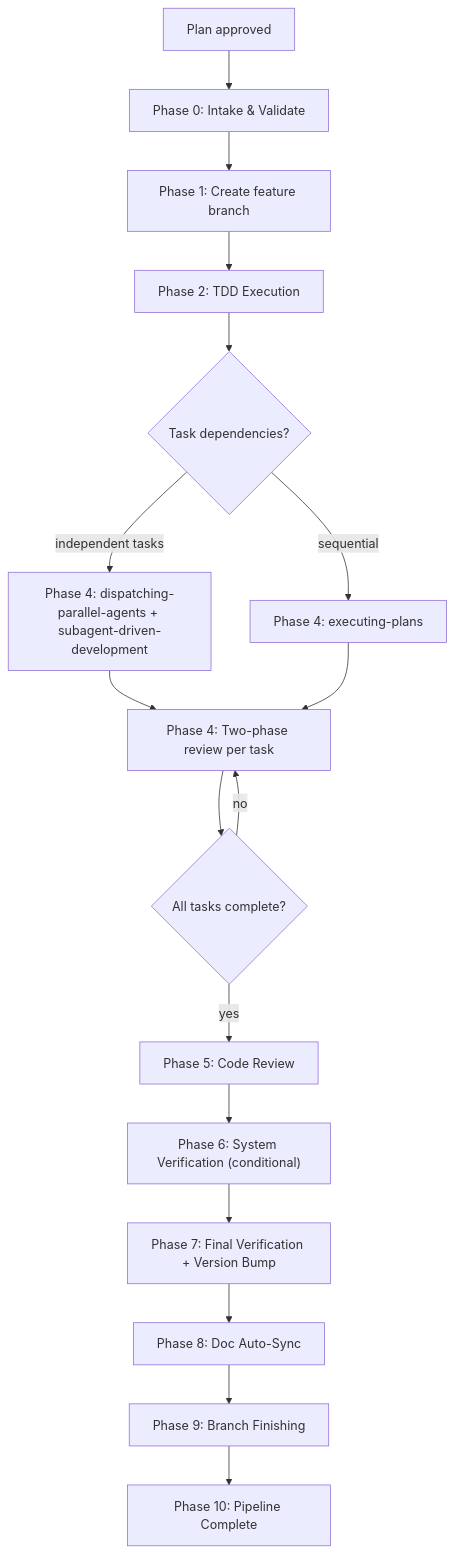
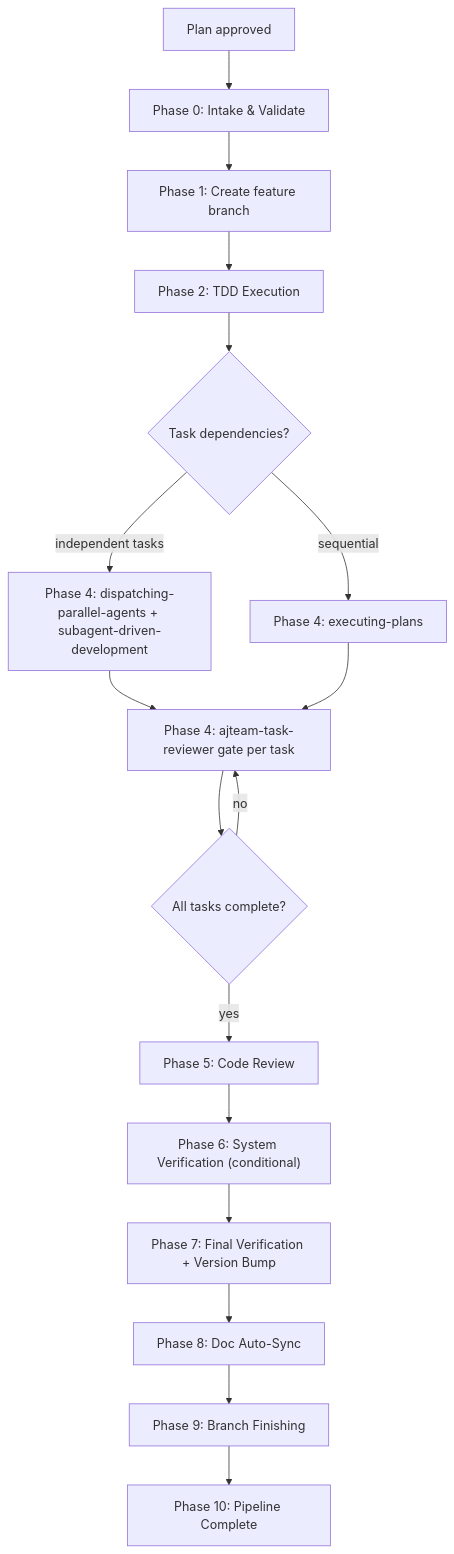
One commit to JeillZhang/agentj changed the diagram in .claude/skills/jskill-feature-dev/SKILL.md. Above: the diagram before and after it, drawn with Mermaid. The commit also changed other lines of this file, not shown here.

Commit message:
feat: replace two-phase review with ajteam-task-reviewer hard gate

````diff
--- a/.claude/skills/jskill-feature-dev/SKILL.md
+++ b/.claude/skills/jskill-feature-dev/SKILL.md
@@ -20,19 +20,19 @@
 ```mermaid
 flowchart TB
     A["Plan approved"] --> B["Phase 0: Intake & Validate"]
     B --> C["Phase 1: Create feature branch"]
     C --> D["Phase 2: TDD Execution"]
     D --> E{"Task dependencies?"}
     E -- "independent tasks" --> F["Phase 4: dispatching-parallel-agents + subagent-driven-development"]
     E -- "sequential" --> G["Phase 4: executing-plans"]
-    F --> H["Phase 4: Two-phase review per task"]
+    F --> H["Phase 4: ajteam-task-reviewer gate per task"]
     G --> H
     H --> I{"All tasks complete?"}
     I -- "no" --> H
     I -- "yes" --> J["Phase 5: Code Review"]
     J --> K["Phase 6: System Verification (conditional)"]
     K --> L["Phase 7: Final Verification + Version Bump"]
     L --> M["Phase 8: Doc Auto-Sync"]
     M --> N["Phase 9: Branch Finishing"]
     N --> O["Phase 10: Pipeline Complete"]
 ```
````
